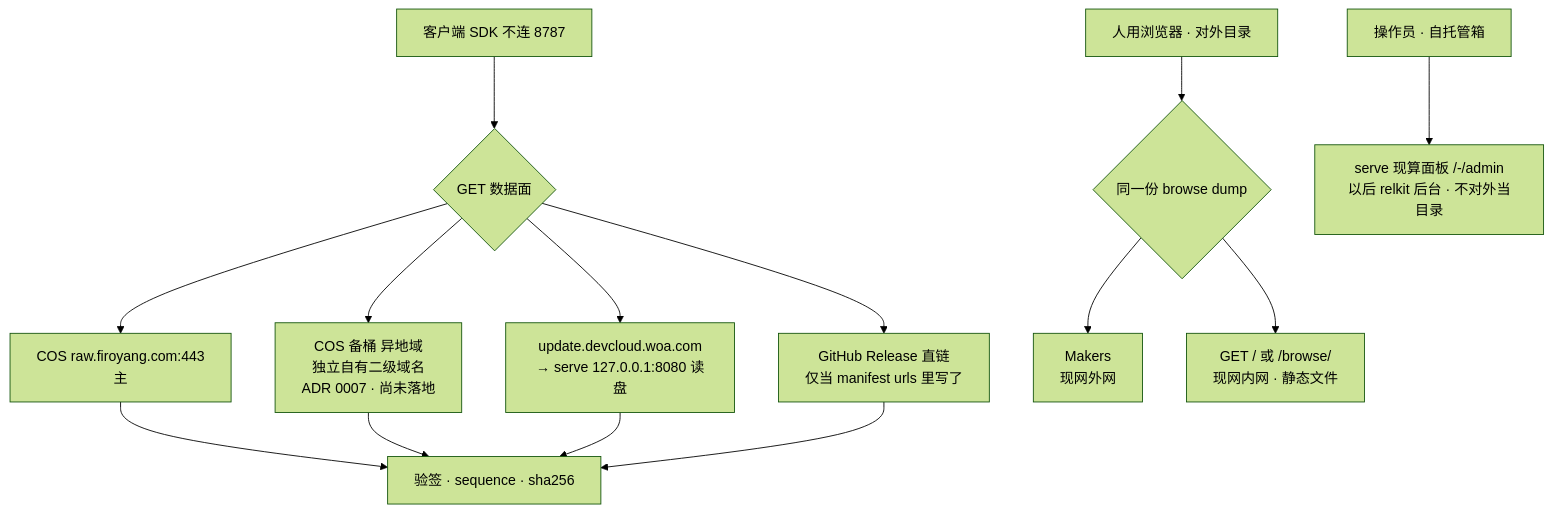
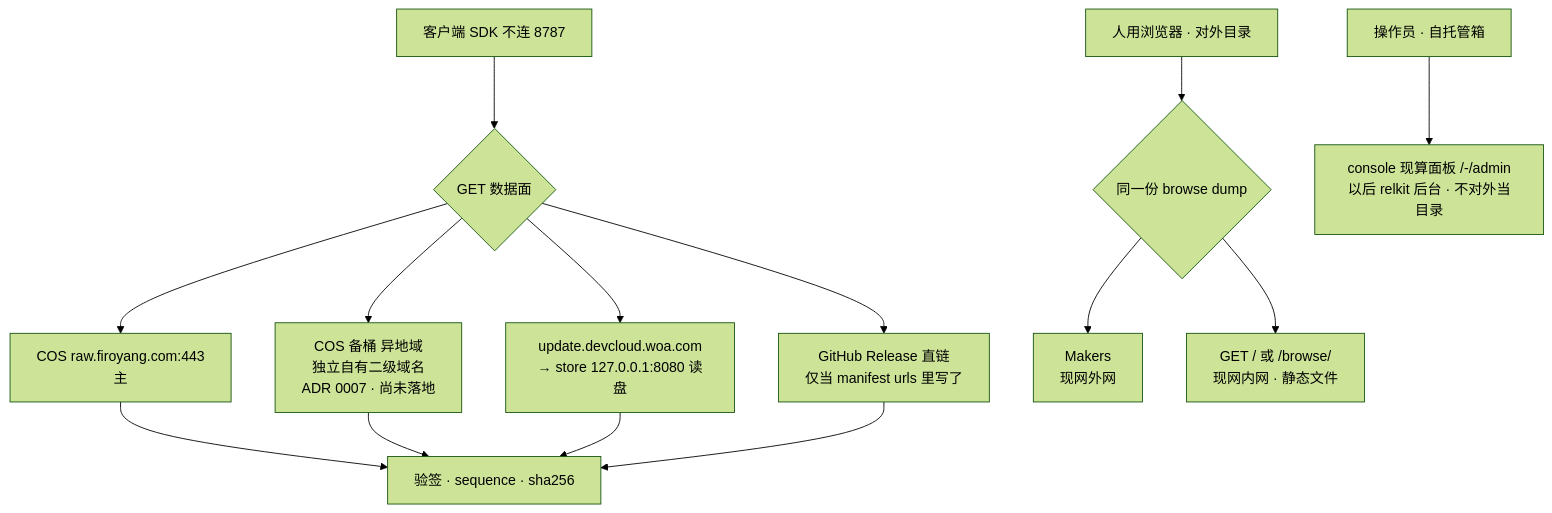
One commit to shichao402/relkit changed the second of 2 diagrams in docs/design/publish-topology.md. Above: the diagram before and after it, drawn with Mermaid (forest theme). The commit also changed other lines of this file and 76 other files, not shown here.

````diff
--- a/docs/design/publish-topology.md
+++ b/docs/design/publish-topology.md
@@ -93,18 +93,18 @@
 ```mermaid
 flowchart TB
   sdk["客户端 SDK 不连 8787"] --> get{"GET 数据面"}
   get --> cosGet["COS raw.firoyang.com:443<br/>主"]
   get --> cosBackup["COS 备桶 异地域<br/>独立自有二级域名<br/>ADR 0007 · 尚未落地"]
-  get --> woaGet["update.devcloud.woa.com<br/>→ serve 127.0.0.1:8080 读盘"]
+  get --> woaGet["update.devcloud.woa.com<br/>→ store 127.0.0.1:8080 读盘"]
   get --> relGet["GitHub Release 直链<br/>仅当 manifest urls 里写了"]
   cosGet --> verify["验签 · sequence · sha256"]
   cosBackup --> verify
   woaGet --> verify
   relGet --> verify
 
   human["人用浏览器 · 对外目录"] --> site{"同一份 browse dump"}
   site --> makersGet["Makers<br/>现网外网"]
   site --> pages["GET / 或 /browse/<br/>现网内网 · 静态文件"]
 
-  ops["操作员 · 自托管箱"] --> panel["serve 现算面板 /-/admin<br/>以后 relkit 后台 · 不对外当目录"]
+    ops["操作员 · 自托管箱"] --> panel["console 现算面板 /-/admin<br/>以后 relkit 后台 · 不对外当目录"]
 ```
````
